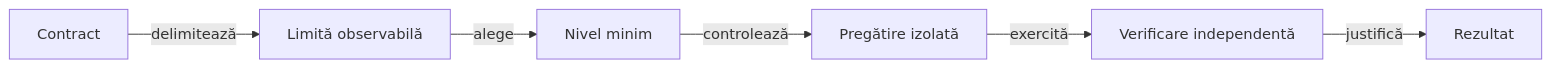
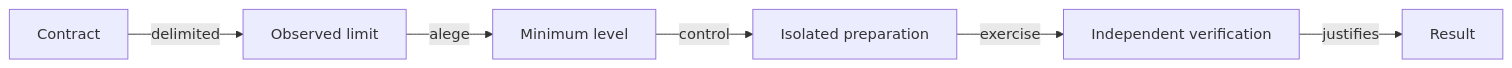
One commit to crististefanita/atf_j4 changed the diagram in docs/testing/ATF_Architecture.md. Above: the diagram before and after it, drawn with Mermaid. The commit also changed other lines of this file and 122 other files, not shown here.

````diff
--- a/docs/testing/ATF_Architecture.md
+++ b/docs/testing/ATF_Architecture.md
@@ -9,8 +9,8 @@
 ```mermaid
 flowchart LR
-    CONTRACT[Contract] -->|delimitează| LIMIT[Limită observabilă]
-    LIMIT -->|alege| LAYER[Nivel minim]
-    LAYER -->|controlează| FIXTURE[Pregătire izolată]
-    FIXTURE -->|exercită| CHECK[Verificare independentă]
-    CHECK -->|justifică| RESULT[Rezultat]
+    CONTRACT[Contract] -->|delimited| LIMIT[Observed limit]
+    LIMIT -->|alege| LAYER[Minimum level]
+    LAYER -->|control| FIXTURE[Isolated preparation]
+    FIXTURE -->|exercise| CHECK[Independent verification]
+    CHECK -->|justifies| RESULT[Result]
 ```
````
